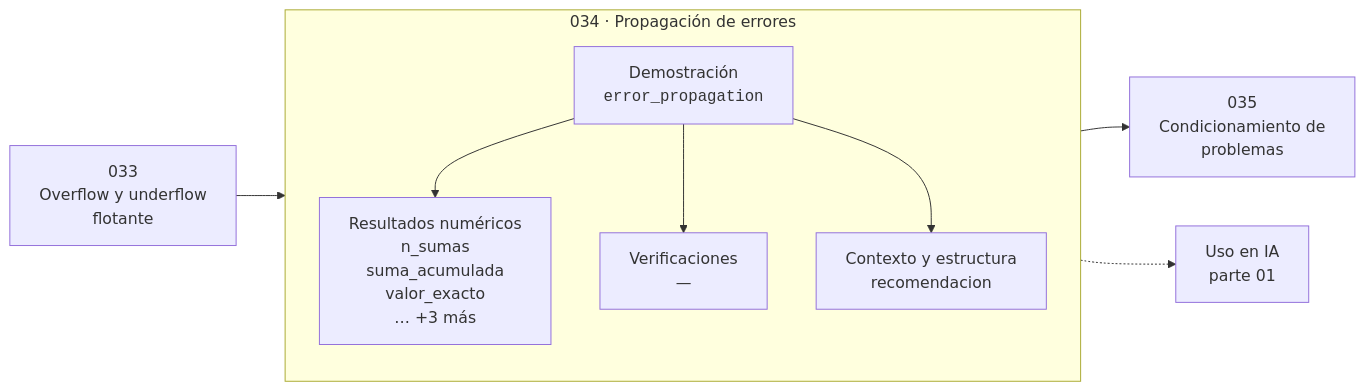
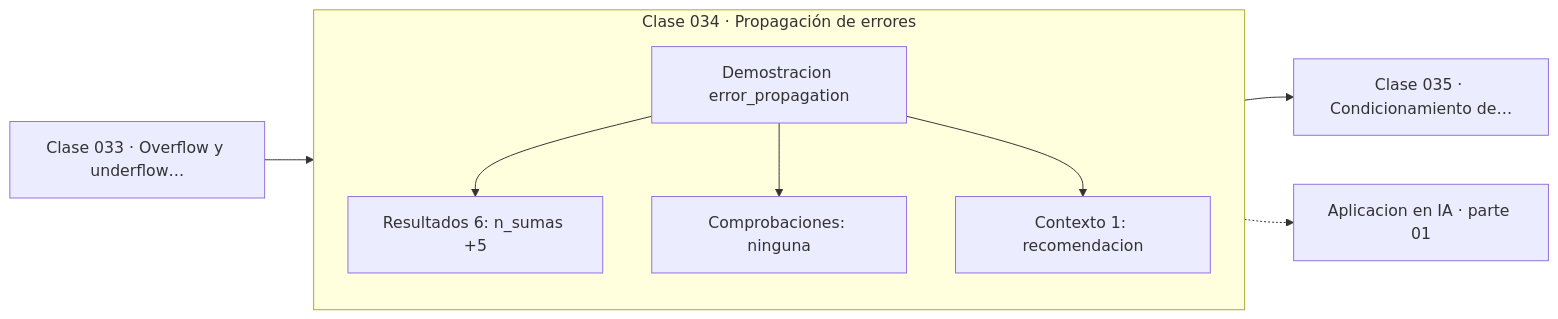
The diagram in classes/part-01-aritmetica-computacional-y-representacion-numerica/034-propagacion-de-errores/README.md (vladimiracunadev-create/computational-mathematics-program), drawn with Mermaid before and after one commit. The commit also changed 389 other files, not shown here.

First line of the commit message:
fix(diagramas): elimina el HTML de las etiquetas Mermaid

````diff
--- a/classes/part-01-aritmetica-computacional-y-representacion-numerica/034-propagacion-de-errores/README.md
+++ b/classes/part-01-aritmetica-computacional-y-representacion-numerica/034-propagacion-de-errores/README.md
@@ -35,12 +35,13 @@
 ```mermaid
 flowchart LR
-    P["033<br/>Overflow y underflow<br/>flotante"] --> C
-    subgraph C["034 · Propagación de errores"]
+    P["Clase 033 · Overflow y underflow…"] --> D
+    subgraph CLASE["Clase 034 · Propagación de errores"]
         direction TB
-        D["Demostración<br/><code>error_propagation</code>"] --> R["Resultados numéricos<br/>n_sumas<br/>suma_acumulada<br/>valor_exacto<br/>… +3 más"]
-        D --> V["Verificaciones<br/>—"]
-        D --> O["Contexto y estructura<br/>recomendacion"]
+        D["Demostracion error_propagation"]
+        D --> R["Resultados 6: n_sumas +5"]
+        D --> V["Comprobaciones: ninguna"]
+        D --> O["Contexto 1: recomendacion"]
     end
-    C --> N["035<br/>Condicionamiento de<br/>problemas"]
-    C -.-> IA["Uso en IA<br/>parte 01"]
+    R --> N["Clase 035 · Condicionamiento de…"]
+    V -.-> IA["Aplicacion en IA · parte 01"]
 ```
````
